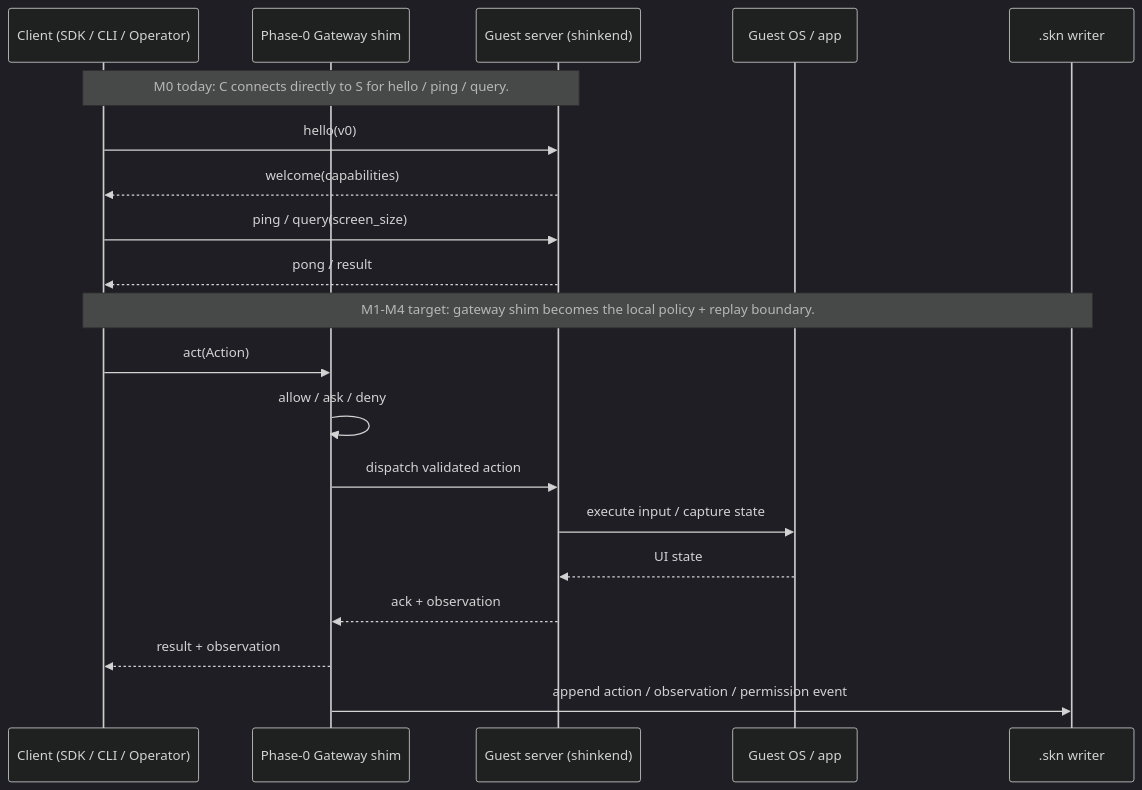
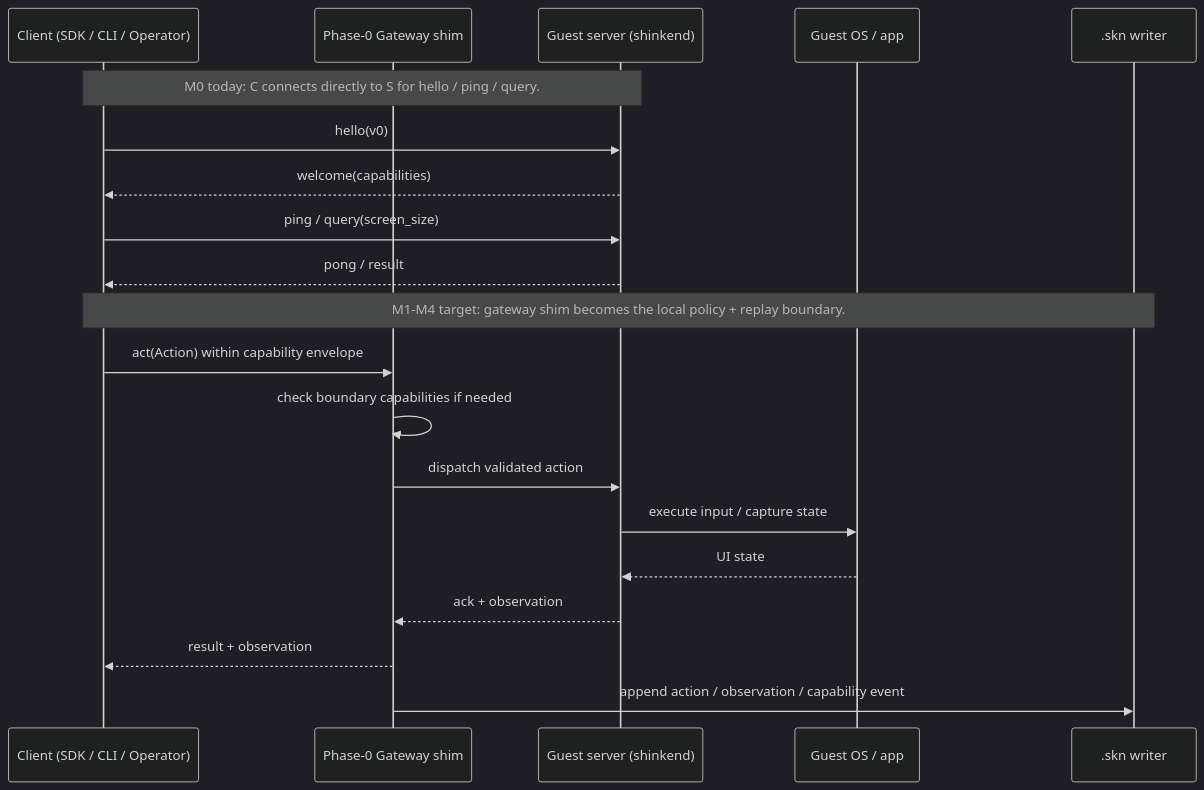
Before and after one commit to Meirtz/Shinken: the second of 3 diagrams in docs/10-phase0-plan.md, drawn with Mermaid (dark theme). The commit also changed other lines of this file and 12 other files, not shown here.

````diff
--- a/docs/10-phase0-plan.md
+++ b/docs/10-phase0-plan.md
@@ -112,24 +112,24 @@
 ```mermaid
 sequenceDiagram
     participant C as Client (SDK / CLI / Operator)
     participant G as Phase-0 Gateway shim
     participant S as Guest server (shinkend)
     participant A as Guest OS / app
     participant R as .skn writer
 
     Note over C,S: M0 today: C connects directly to S for hello / ping / query.
     C->>S: hello(v0)
     S-->>C: welcome(capabilities)
     C->>S: ping / query(screen_size)
     S-->>C: pong / result
 
     Note over C,R: M1-M4 target: gateway shim becomes the local policy + replay boundary.
-    C->>G: act(Action)
-    G->>G: allow / ask / deny
+    C->>G: act(Action) within capability envelope
+    G->>G: check boundary capabilities if needed
     G->>S: dispatch validated action
     S->>A: execute input / capture state
     A-->>S: UI state
     S-->>G: ack + observation
     G-->>C: result + observation
-    G->>R: append action / observation / permission event
+    G->>R: append action / observation / capability event
 ```
````
